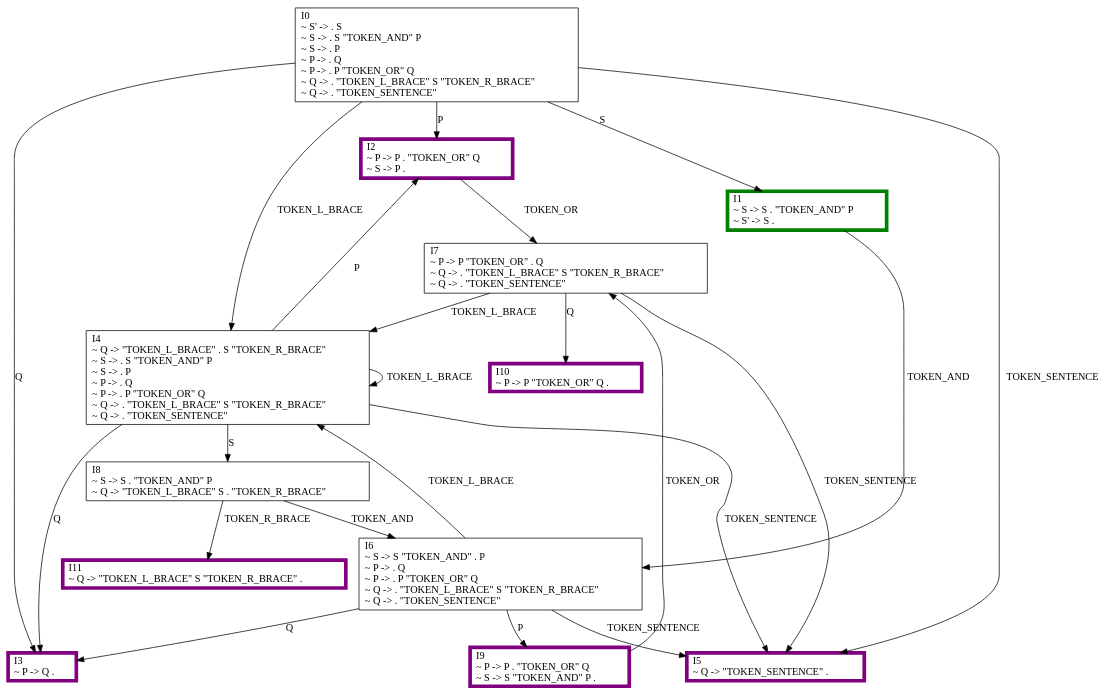
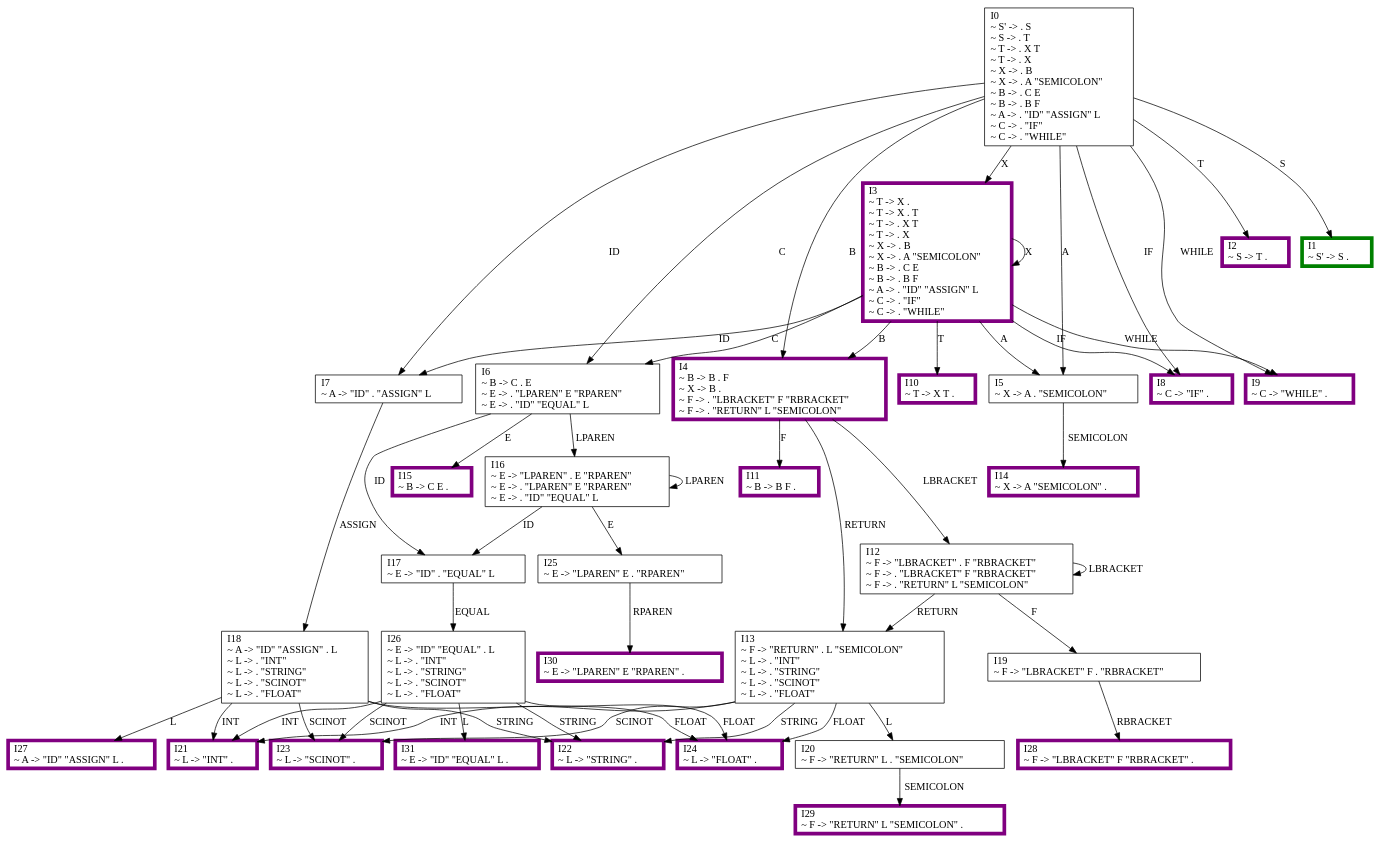
The diagram in graph/slr.dot (MarchMol/syntax_analyzer), drawn with Graphviz before and after one commit. The commit also changed 8 other files, not shown here.

```diff
--- a/graph/slr.dot
+++ b/graph/slr.dot
@@ -1,36 +1,84 @@
 digraph {
-    0 [ label = "I2\l~ P -> P . \"TOKEN_OR\" Q \l~ S -> P . \l" shape=box, color=purple, penwidth=5]
-    1 [ label = "I0\l~ S' -> . S \l~ S -> . S \"TOKEN_AND\" P \l~ S -> . P \l~ P -> . Q \l~ P -> . P \"TOKEN_OR\" Q \l~ Q -> . \"TOKEN_L_BRACE\" S \"TOKEN_R_BRACE\" \l~ Q -> . \"TOKEN_SENTENCE\" \l" shape=box]
-    2 [ label = "I1\l~ S -> S . \"TOKEN_AND\" P \l~ S' -> S . \l" shape=box, color=green, penwidth=5]
-    3 [ label = "I8\l~ S -> S . \"TOKEN_AND\" P \l~ Q -> \"TOKEN_L_BRACE\" S . \"TOKEN_R_BRACE\" \l" shape=box]
-    4 [ label = "I4\l~ Q -> \"TOKEN_L_BRACE\" . S \"TOKEN_R_BRACE\" \l~ S -> . S \"TOKEN_AND\" P \l~ S -> . P \l~ P -> . Q \l~ P -> . P \"TOKEN_OR\" Q \l~ Q -> . \"TOKEN_L_BRACE\" S \"TOKEN_R_BRACE\" \l~ Q -> . \"TOKEN_SENTENCE\" \l" shape=box]
-    5 [ label = "I6\l~ S -> S \"TOKEN_AND\" . P \l~ P -> . Q \l~ P -> . P \"TOKEN_OR\" Q \l~ Q -> . \"TOKEN_L_BRACE\" S \"TOKEN_R_BRACE\" \l~ Q -> . \"TOKEN_SENTENCE\" \l" shape=box]
-    6 [ label = "I9\l~ P -> P . \"TOKEN_OR\" Q \l~ S -> S \"TOKEN_AND\" P . \l" shape=box, color=purple, penwidth=5]
-    7 [ label = "I7\l~ P -> P \"TOKEN_OR\" . Q \l~ Q -> . \"TOKEN_L_BRACE\" S \"TOKEN_R_BRACE\" \l~ Q -> . \"TOKEN_SENTENCE\" \l" shape=box]
-    8 [ label = "I5\l~ Q -> \"TOKEN_SENTENCE\" . \l" shape=box, color=purple, penwidth=5]
-    9 [ label = "I3\l~ P -> Q . \l" shape=box, color=purple, penwidth=5]
-    10 [ label = "I11\l~ Q -> \"TOKEN_L_BRACE\" S \"TOKEN_R_BRACE\" . \l" shape=box, color=purple, penwidth=5]
-    11 [ label = "I10\l~ P -> P \"TOKEN_OR\" Q . \l" shape=box, color=purple, penwidth=5]
-    0 -> 7 [ label = "TOKEN_OR" ]
-    1 -> 8 [ label = "TOKEN_SENTENCE" ]
-    1 -> 9 [ label = "Q" ]
-    1 -> 0 [ label = "P" ]
-    1 -> 4 [ label = "TOKEN_L_BRACE" ]
-    1 -> 2 [ label = "S" ]
-    2 -> 5 [ label = "TOKEN_AND" ]
-    3 -> 5 [ label = "TOKEN_AND" ]
-    3 -> 10 [ label = "TOKEN_R_BRACE" ]
-    4 -> 3 [ label = "S" ]
-    4 -> 0 [ label = "P" ]
-    4 -> 4 [ label = "TOKEN_L_BRACE" ]
-    4 -> 9 [ label = "Q" ]
-    4 -> 8 [ label = "TOKEN_SENTENCE" ]
-    5 -> 8 [ label = "TOKEN_SENTENCE" ]
-    5 -> 9 [ label = "Q" ]
-    5 -> 4 [ label = "TOKEN_L_BRACE" ]
-    5 -> 6 [ label = "P" ]
-    6 -> 7 [ label = "TOKEN_OR" ]
-    7 -> 4 [ label = "TOKEN_L_BRACE" ]
-    7 -> 8 [ label = "TOKEN_SENTENCE" ]
-    7 -> 11 [ label = "Q" ]
+    0 [ label = "I19\l~ F -> \"LBRACKET\" F . \"RBRACKET\" \l" shape=box]
+    1 [ label = "I16\l~ E -> \"LPAREN\" . E \"RPAREN\" \l~ E -> . \"LPAREN\" E \"RPAREN\" \l~ E -> . \"ID\" \"EQUAL\" L \l" shape=box]
+    2 [ label = "I0\l~ S' -> . S \l~ S -> . T \l~ T -> . X T \l~ T -> . X \l~ X -> . B \l~ X -> . A \"SEMICOLON\" \l~ B -> . C E \l~ B -> . B F \l~ A -> . \"ID\" \"ASSIGN\" L \l~ C -> . \"IF\" \l~ C -> . \"WHILE\" \l" shape=box]
+    3 [ label = "I7\l~ A -> \"ID\" . \"ASSIGN\" L \l" shape=box]
+    4 [ label = "I12\l~ F -> \"LBRACKET\" . F \"RBRACKET\" \l~ F -> . \"LBRACKET\" F \"RBRACKET\" \l~ F -> . \"RETURN\" L \"SEMICOLON\" \l" shape=box]
+    5 [ label = "I26\l~ E -> \"ID\" \"EQUAL\" . L \l~ L -> . \"INT\" \l~ L -> . \"STRING\" \l~ L -> . \"SCINOT\" \l~ L -> . \"FLOAT\" \l" shape=box]
+    6 [ label = "I3\l~ T -> X . \l~ T -> X . T \l~ T -> . X T \l~ T -> . X \l~ X -> . B \l~ X -> . A \"SEMICOLON\" \l~ B -> . C E \l~ B -> . B F \l~ A -> . \"ID\" \"ASSIGN\" L \l~ C -> . \"IF\" \l~ C -> . \"WHILE\" \l" shape=box, color=purple, penwidth=5]
+    7 [ label = "I25\l~ E -> \"LPAREN\" E . \"RPAREN\" \l" shape=box]
+    8 [ label = "I13\l~ F -> \"RETURN\" . L \"SEMICOLON\" \l~ L -> . \"INT\" \l~ L -> . \"STRING\" \l~ L -> . \"SCINOT\" \l~ L -> . \"FLOAT\" \l" shape=box]
+    9 [ label = "I20\l~ F -> \"RETURN\" L . \"SEMICOLON\" \l" shape=box]
+    10 [ label = "I17\l~ E -> \"ID\" . \"EQUAL\" L \l" shape=box]
+    11 [ label = "I6\l~ B -> C . E \l~ E -> . \"LPAREN\" E \"RPAREN\" \l~ E -> . \"ID\" \"EQUAL\" L \l" shape=box]
+    12 [ label = "I5\l~ X -> A . \"SEMICOLON\" \l" shape=box]
+    13 [ label = "I4\l~ B -> B . F \l~ X -> B . \l~ F -> . \"LBRACKET\" F \"RBRACKET\" \l~ F -> . \"RETURN\" L \"SEMICOLON\" \l" shape=box, color=purple, penwidth=5]
+    14 [ label = "I18\l~ A -> \"ID\" \"ASSIGN\" . L \l~ L -> . \"INT\" \l~ L -> . \"STRING\" \l~ L -> . \"SCINOT\" \l~ L -> . \"FLOAT\" \l" shape=box]
+    15 [ label = "I28\l~ F -> \"LBRACKET\" F \"RBRACKET\" . \l" shape=box, color=purple, penwidth=5]
+    16 [ label = "I2\l~ S -> T . \l" shape=box, color=purple, penwidth=5]
+    17 [ label = "I1\l~ S' -> S . \l" shape=box, color=green, penwidth=5]
+    18 [ label = "I8\l~ C -> \"IF\" . \l" shape=box, color=purple, penwidth=5]
+    19 [ label = "I9\l~ C -> \"WHILE\" . \l" shape=box, color=purple, penwidth=5]
+    20 [ label = "I24\l~ L -> \"FLOAT\" . \l" shape=box, color=purple, penwidth=5]
+    21 [ label = "I21\l~ L -> \"INT\" . \l" shape=box, color=purple, penwidth=5]
+    22 [ label = "I31\l~ E -> \"ID\" \"EQUAL\" L . \l" shape=box, color=purple, penwidth=5]
+    23 [ label = "I22\l~ L -> \"STRING\" . \l" shape=box, color=purple, penwidth=5]
+    24 [ label = "I23\l~ L -> \"SCINOT\" . \l" shape=box, color=purple, penwidth=5]
+    25 [ label = "I10\l~ T -> X T . \l" shape=box, color=purple, penwidth=5]
+    26 [ label = "I30\l~ E -> \"LPAREN\" E \"RPAREN\" . \l" shape=box, color=purple, penwidth=5]
+    27 [ label = "I29\l~ F -> \"RETURN\" L \"SEMICOLON\" . \l" shape=box, color=purple, penwidth=5]
+    28 [ label = "I15\l~ B -> C E . \l" shape=box, color=purple, penwidth=5]
+    29 [ label = "I14\l~ X -> A \"SEMICOLON\" . \l" shape=box, color=purple, penwidth=5]
+    30 [ label = "I11\l~ B -> B F . \l" shape=box, color=purple, penwidth=5]
+    31 [ label = "I27\l~ A -> \"ID\" \"ASSIGN\" L . \l" shape=box, color=purple, penwidth=5]
+    0 -> 15 [ label = "RBRACKET" ]
+    1 -> 10 [ label = "ID" ]
+    1 -> 7 [ label = "E" ]
+    1 -> 1 [ label = "LPAREN" ]
+    2 -> 3 [ label = "ID" ]
+    2 -> 13 [ label = "B" ]
+    2 -> 12 [ label = "A" ]
+    2 -> 16 [ label = "T" ]
+    2 -> 11 [ label = "C" ]
+    2 -> 6 [ label = "X" ]
+    2 -> 17 [ label = "S" ]
+    2 -> 18 [ label = "IF" ]
+    2 -> 19 [ label = "WHILE" ]
+    3 -> 14 [ label = "ASSIGN" ]
+    4 -> 0 [ label = "F" ]
+    4 -> 4 [ label = "LBRACKET" ]
+    4 -> 8 [ label = "RETURN" ]
+    5 -> 20 [ label = "FLOAT" ]
+    5 -> 21 [ label = "INT" ]
+    5 -> 22 [ label = "L" ]
+    5 -> 23 [ label = "STRING" ]
+    5 -> 24 [ label = "SCINOT" ]
+    6 -> 19 [ label = "WHILE" ]
+    6 -> 25 [ label = "T" ]
+    6 -> 18 [ label = "IF" ]
+    6 -> 3 [ label = "ID" ]
+    6 -> 11 [ label = "C" ]
+    6 -> 6 [ label = "X" ]
+    6 -> 13 [ label = "B" ]
+    6 -> 12 [ label = "A" ]
+    7 -> 26 [ label = "RPAREN" ]
+    8 -> 20 [ label = "FLOAT" ]
+    8 -> 23 [ label = "STRING" ]
+    8 -> 21 [ label = "INT" ]
+    8 -> 9 [ label = "L" ]
+    8 -> 24 [ label = "SCINOT" ]
+    9 -> 27 [ label = "SEMICOLON" ]
+    10 -> 5 [ label = "EQUAL" ]
+    11 -> 28 [ label = "E" ]
+    11 -> 1 [ label = "LPAREN" ]
+    11 -> 10 [ label = "ID" ]
+    12 -> 29 [ label = "SEMICOLON" ]
+    13 -> 4 [ label = "LBRACKET" ]
+    13 -> 30 [ label = "F" ]
+    13 -> 8 [ label = "RETURN" ]
+    14 -> 23 [ label = "STRING" ]
+    14 -> 24 [ label = "SCINOT" ]
+    14 -> 21 [ label = "INT" ]
+    14 -> 20 [ label = "FLOAT" ]
+    14 -> 31 [ label = "L" ]
 }
```
